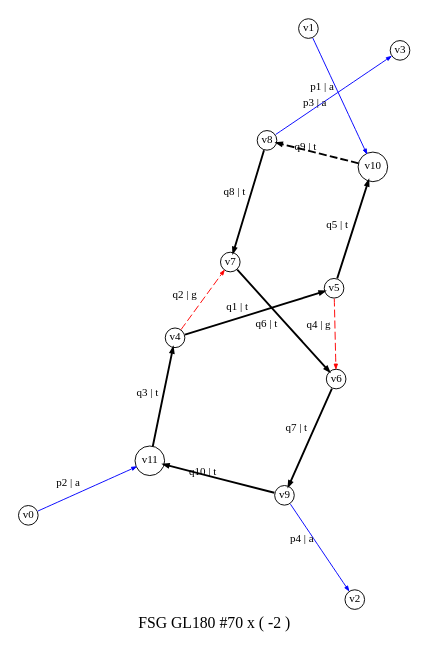
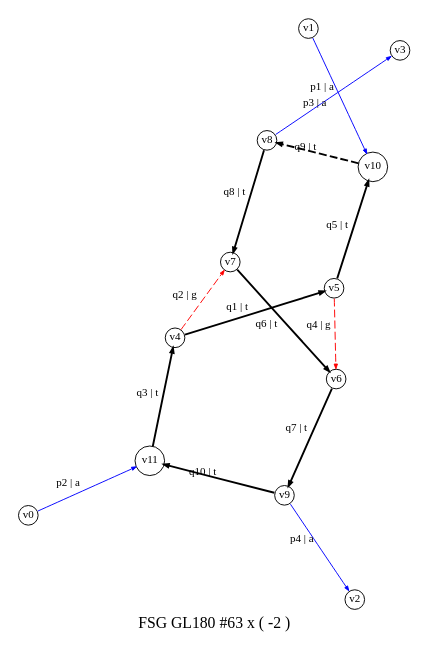
Before and after one commit to alphal00p/alphaLoopMisc: the diagram in aa_ttx/SupplementaryMaterial/drawings/GL180.dot, drawn with Graphviz. The commit also changed 139 other files, not shown here.

```diff
--- a/aa_ttx/SupplementaryMaterial/drawings/GL180.dot
+++ b/aa_ttx/SupplementaryMaterial/drawings/GL180.dot
@@ -1,25 +1,25 @@
 digraph dot_70_0_GL180 {
-label="FSG GL180 #70 x ( -2 )";
+label="FSG GL180 #63 x ( -2 )";
 noverlap="scale"; layout="neato";
 graph [ 
 overall_factor="NumeratorDependentGrouping(180,1,AntiFermionSpinSumSign(1)*AutG(1)^-1*ExternalFermionOrderingSign(1)*InternalFermionLoopSign(-1))+NumeratorDependentGrouping(181,1,AntiFermionSpinSumSign(1)*AutG(1)^-1*ExternalFermionOrderingSign(1)*InternalFermionLoopSign(-1))",
 overall_factor_evaluated="-2",
 fontsize=10,ratio=1.5
  ];
 node [ fontsize=7,shape=circle,margin=0,height=0.01,penwidth=0.6 ];
 edge [ fontsize=7,arrowsize=0.3,penwidth=0.6 ];
 "v1" -> "v10" [label="p1 | a",color="blue",penwidth="0.6",style="solid"];
 "v0" -> "v11" [label="p2 | a",color="blue",penwidth="0.6",style="solid"];
 "v8" -> "v3" [label="p3 | a",color="blue",penwidth="0.6",style="solid"];
 "v9" -> "v2" [label="p4 | a",color="blue",penwidth="0.6",style="solid"];
 "v4" -> "v5" [label="q1 | t",color="black",penwidth="1.2",style="solid"];
 "v4" -> "v7" [label="q2 | g",color="red",penwidth="0.6",style="dashed"];
 "v11" -> "v4" [label="q3 | t",color="black",penwidth="1.2",style="solid"];
 "v5" -> "v6" [label="q4 | g",color="red",penwidth="0.6",style="dashed"];
 "v5" -> "v10" [label="q5 | t",color="black",penwidth="1.2",style="solid"];
 "v7" -> "v6" [label="q6 | t",color="black",penwidth="1.2",style="solid"];
 "v6" -> "v9" [label="q7 | t",color="black",penwidth="1.2",style="solid"];
 "v8" -> "v7" [label="q8 | t",color="black",penwidth="1.2",style="solid"];
 "v10" -> "v8" [label="q9 | t",color="black",penwidth="1.2",style="dashed"];
 "v9" -> "v11" [label="q10 | t",color="black",penwidth="1.2",style="solid"];
 }
```
